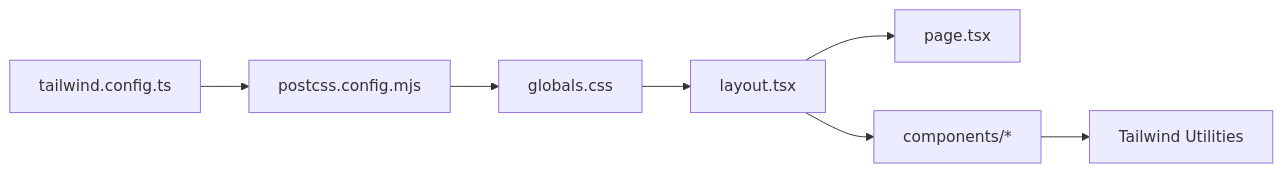
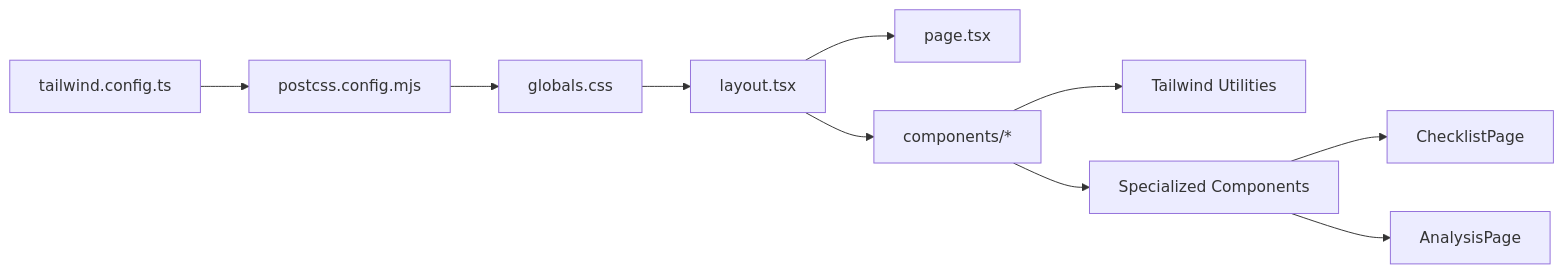
Before and after one commit to alibaba-hackathon-fsi/frontend-vaya: the third of 3 diagrams in .qoder/repowiki/en/content/Styling and Theming.md, drawn with Mermaid. The commit also changed other lines of this file and 36 other files, not shown here.

````diff
--- a/.qoder/repowiki/en/content/Styling and Theming.md
+++ b/.qoder/repowiki/en/content/Styling and Theming.md
@@ -195,9 +252,12 @@
 ```mermaid
 graph LR
 TWC["tailwind.config.ts"] --> PC["postcss.config.mjs"]
 PC --> GC["globals.css"]
 GC --> LYT["layout.tsx"]
 LYT --> PGE["page.tsx"]
 LYT --> CMP["components/*"]
 CMP --> UTIL["Tailwind Utilities"]
+CMP --> SPEC["Specialized Components"]
+SPEC --> CHECK["ChecklistPage"]
+SPEC --> ANALYSIS["AnalysisPage"]
 ```
````
